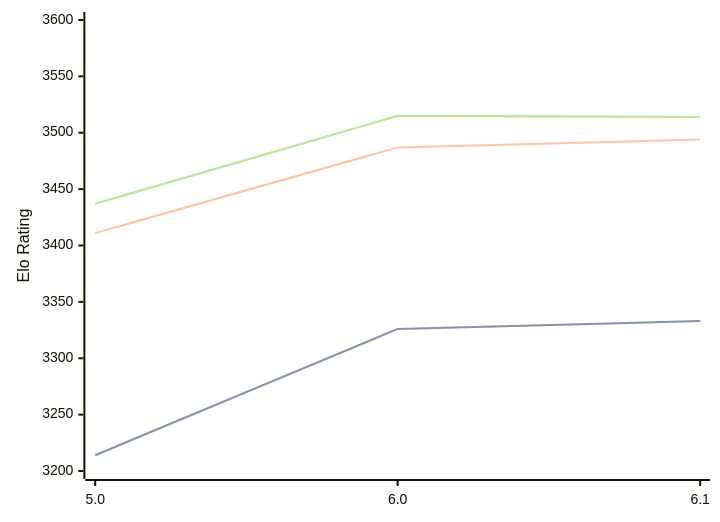
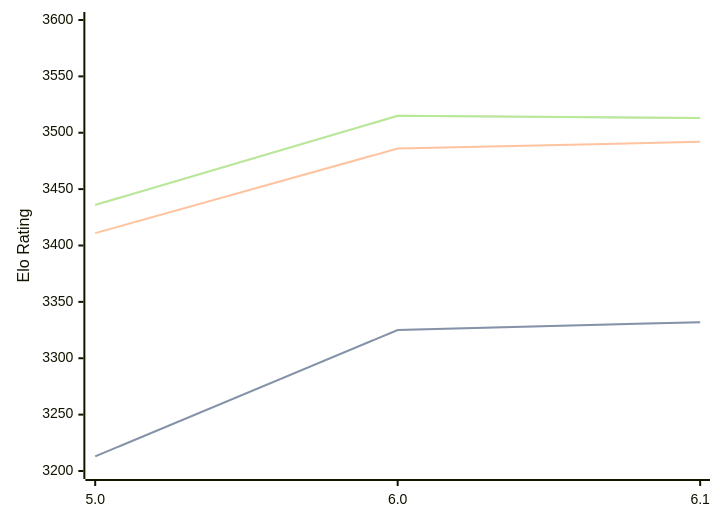
The diagram in engines/Starzix.md (computer-chess-index/cci), drawn with Mermaid before and after one commit. The commit also changed other lines of this file, not shown here.

Commit message:
Update CCI Ratings (ELO VLTC) - 2026-09-01

````diff
--- a/engines/Starzix.md
+++ b/engines/Starzix.md
@@ -33,11 +33,11 @@
 ```mermaid
 %%{init: {"theme":"base","themeVariables":{"seriesColors:['#a3a3a3','#222221','#faa371']}}}%%
 xychart-beta
   x-axis ["5.0", "6.0", "6.1"]
   y-axis "Elo Rating" 3200 --> 3600
-  line "" [3214, 3326, 3333]
-  line "STC (8.0+0.08s)" [3214, 3326, 3333]
-  line "LTC (60.0+0.60s)" [3411, 3487, 3494]
-  line "" [3437, 3515, 3514]
-  line "VLTC (2m24s+1.12s)" [3437, 3515, 3514]
+  line "" [3213, 3325, 3332]
+  line "STC (8.0+0.08s)" [3213, 3325, 3332]
+  line "LTC (60.0+0.60s)" [3411, 3486, 3492]
+  line "" [3436, 3515, 3513]
+  line "VLTC (2m24s+1.12s)" [3436, 3515, 3513]
 ```
````
